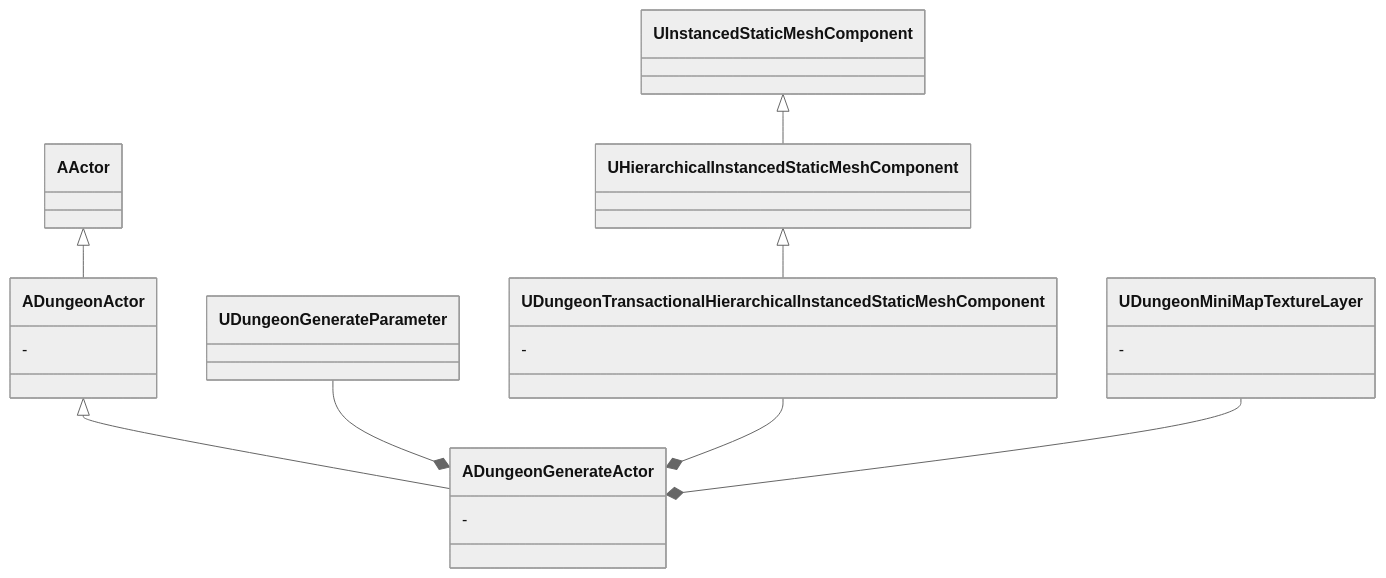
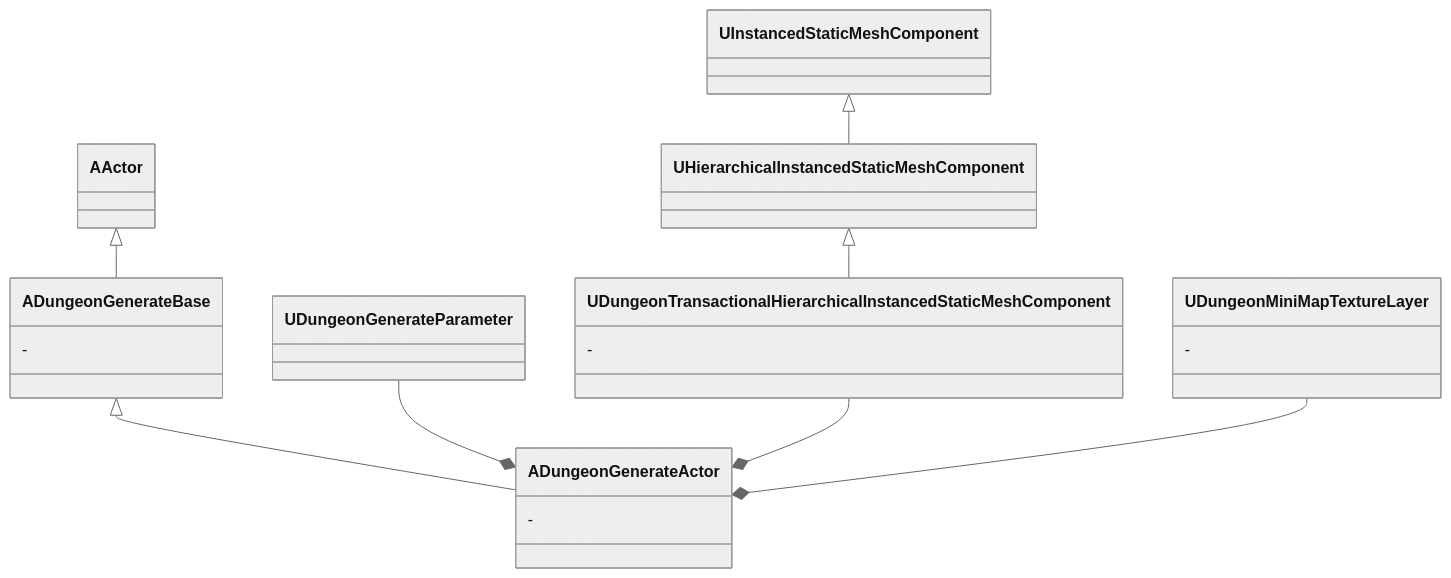
The second of 6 diagrams in Source/DungeonGenerator/Private/README.md (shun126/DungeonGenerator), drawn with Mermaid (neutral theme) before and after one commit. The commit also changed 58 other files, not shown here.

````diff
--- a/Source/DungeonGenerator/Private/README.md
+++ b/Source/DungeonGenerator/Private/README.md
@@ -33,27 +33,27 @@
 ```mermaid
 classDiagram
 
-class ADungeonActor {
+class ADungeonGenerateBase {
     -
 }
 
 class ADungeonGenerateActor {
     -
 }
 
 class UDungeonTransactionalHierarchicalInstancedStaticMeshComponent {
     -
 }
 
 class UDungeonMiniMapTextureLayer {
     -
 }
 
-AActor <|-- ADungeonActor
-ADungeonActor <|-- ADungeonGenerateActor
+AActor <|-- ADungeonGenerateBase
+ADungeonGenerateBase <|-- ADungeonGenerateActor
 UDungeonGenerateParameter --* ADungeonGenerateActor
 UDungeonTransactionalHierarchicalInstancedStaticMeshComponent --* ADungeonGenerateActor
 UHierarchicalInstancedStaticMeshComponent <|-- UDungeonTransactionalHierarchicalInstancedStaticMeshComponent
 UInstancedStaticMeshComponent <|-- UHierarchicalInstancedStaticMeshComponent
 UDungeonMiniMapTextureLayer --* ADungeonGenerateActor
 ```
````
